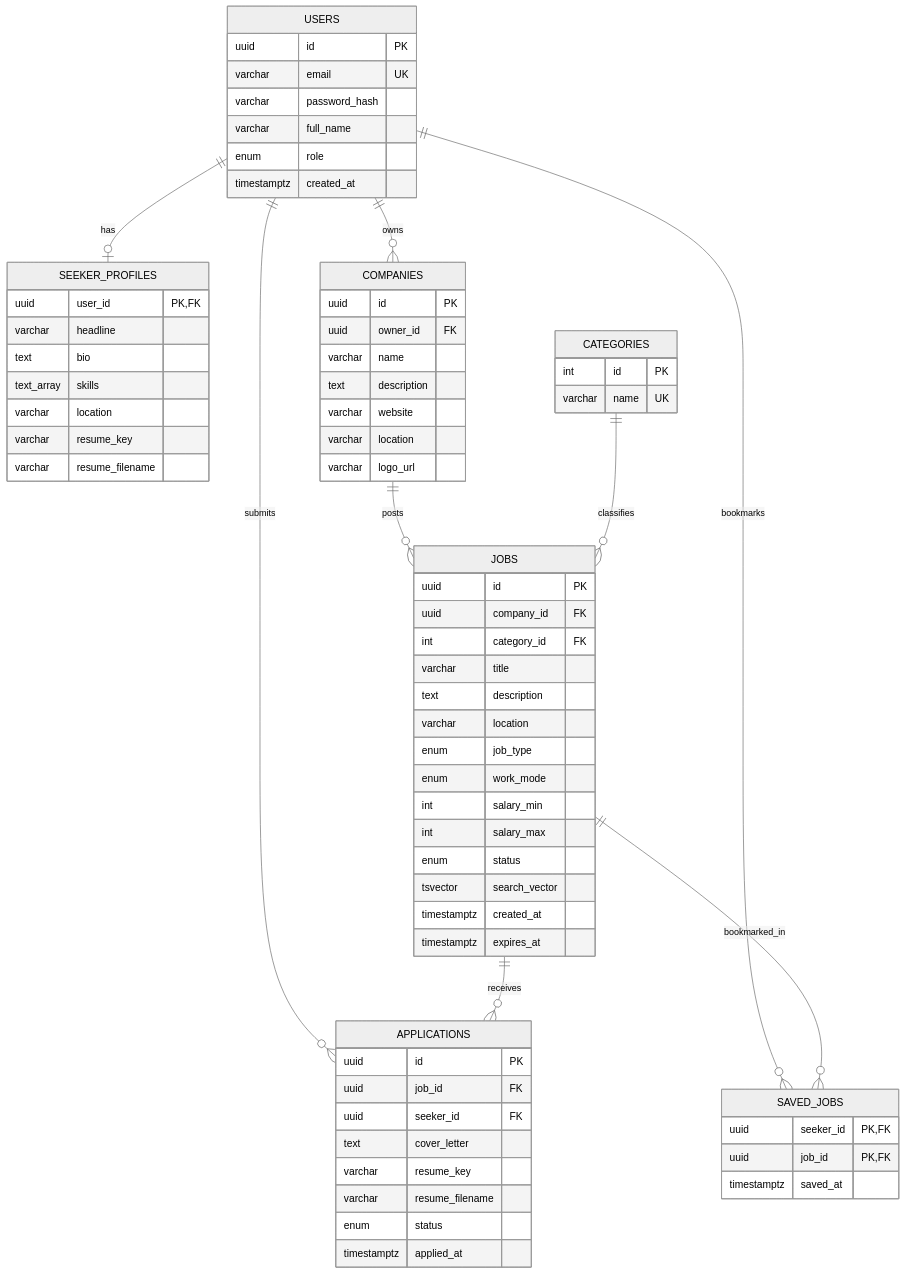
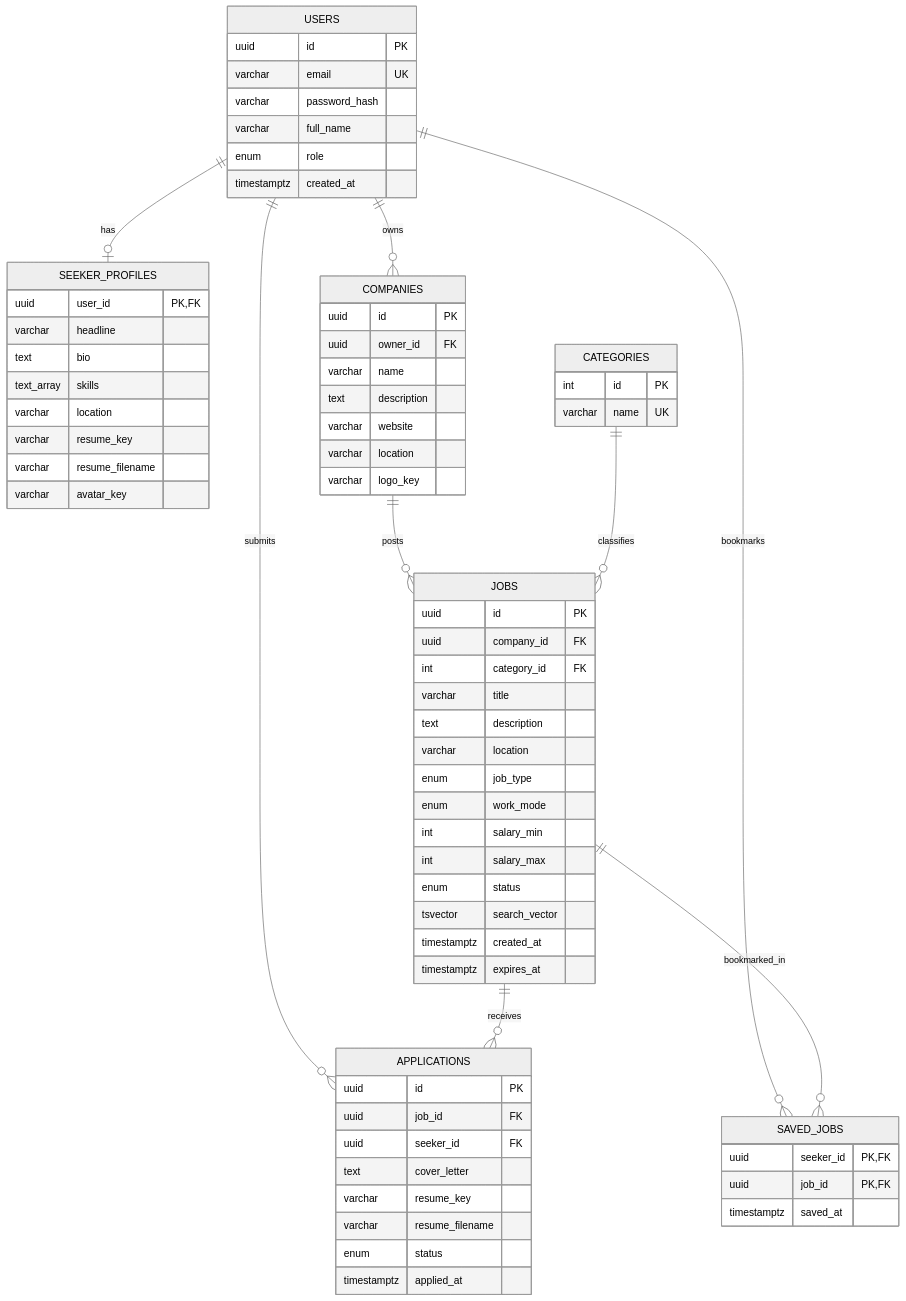
One commit to DARajapaksha/jobflow changed the third of 6 diagrams in docs/DESIGN.md. Above: the diagram before and after it, drawn with Mermaid (neutral theme). The commit also changed other lines of this file and 35 other files, not shown here.

````diff
--- a/docs/DESIGN.md
+++ b/docs/DESIGN.md
@@ -91,73 +91,74 @@
 ```mermaid
 erDiagram
   USERS ||--o| SEEKER_PROFILES : has
   USERS ||--o{ COMPANIES : owns
   COMPANIES ||--o{ JOBS : posts
   CATEGORIES ||--o{ JOBS : classifies
   USERS ||--o{ APPLICATIONS : submits
   JOBS ||--o{ APPLICATIONS : receives
   USERS ||--o{ SAVED_JOBS : bookmarks
   JOBS ||--o{ SAVED_JOBS : bookmarked_in
 
   USERS {
     uuid id PK
     varchar email UK
     varchar password_hash
     varchar full_name
     enum role
     timestamptz created_at
   }
   SEEKER_PROFILES {
     uuid user_id PK, FK
     varchar headline
     text bio
     text_array skills
     varchar location
     varchar resume_key
     varchar resume_filename
+    varchar avatar_key
   }
   COMPANIES {
     uuid id PK
     uuid owner_id FK
     varchar name
     text description
     varchar website
     varchar location
-    varchar logo_url
+    varchar logo_key
   }
   CATEGORIES {
     int id PK
     varchar name UK
   }
   JOBS {
     uuid id PK
     uuid company_id FK
     int category_id FK
     varchar title
     text description
     varchar location
     enum job_type
     enum work_mode
     int salary_min
     int salary_max
     enum status
     tsvector search_vector
     timestamptz created_at
     timestamptz expires_at
   }
   APPLICATIONS {
     uuid id PK
     uuid job_id FK
     uuid seeker_id FK
     text cover_letter
     varchar resume_key
     varchar resume_filename
     enum status
     timestamptz applied_at
   }
   SAVED_JOBS {
     uuid seeker_id PK, FK
     uuid job_id PK, FK
     timestamptz saved_at
   }
 ```
````
